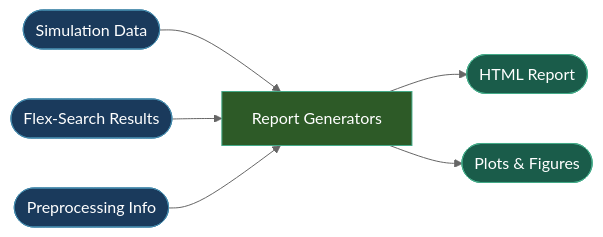
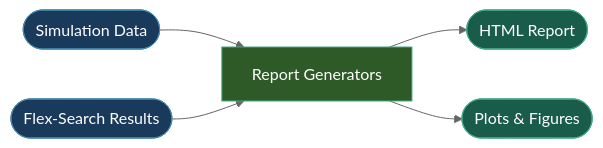
One commit to idossha/TI-Toolbox changed the diagram in docs/api_mkdocs/docs/pipeline/reporting.md. Above: the diagram before and after it, drawn with Mermaid (neutral theme). The commit also changed other lines of this file and 55 other files, not shown here.

````diff
--- a/docs/api_mkdocs/docs/pipeline/reporting.md
+++ b/docs/api_mkdocs/docs/pipeline/reporting.md
@@ -5,14 +5,12 @@
 ```mermaid
 graph LR
     SIM_DATA([Simulation Data]) --> GEN[Report Generators]
     FLEX_DATA([Flex-Search Results]) --> GEN
-    PRE_DATA([Preprocessing Info]) --> GEN
     GEN --> HTML([HTML Report])
     GEN --> PLOTS([Plots & Figures])
     style SIM_DATA fill:#1a3a5c,stroke:#48a,color:#fff
     style FLEX_DATA fill:#1a3a5c,stroke:#48a,color:#fff
-    style PRE_DATA fill:#1a3a5c,stroke:#48a,color:#fff
     style GEN fill:#2d5a27,stroke:#4a8,color:#fff
     style HTML fill:#1a5c4a,stroke:#4a8,color:#fff
     style PLOTS fill:#1a5c4a,stroke:#4a8,color:#fff
 ```
````
